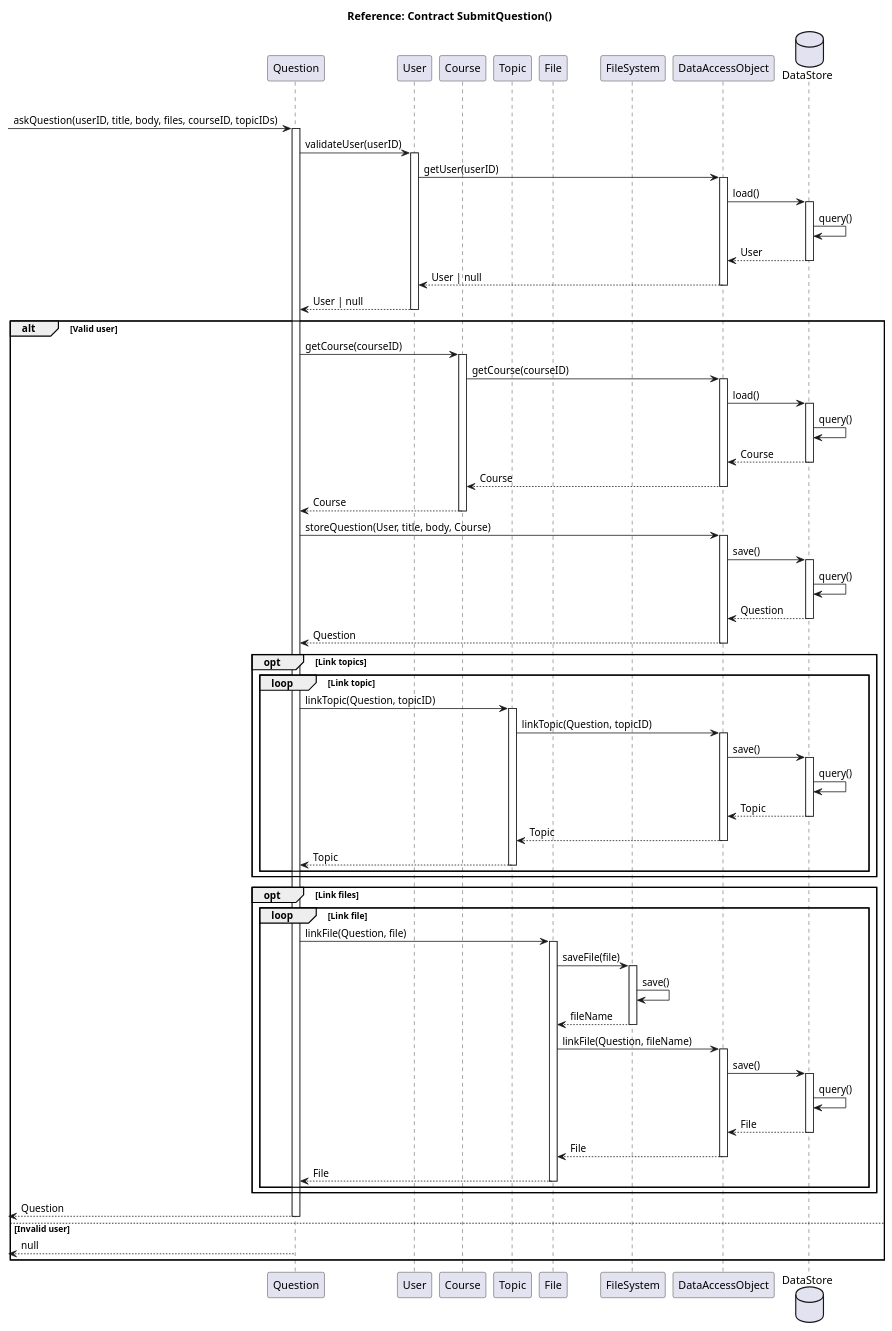
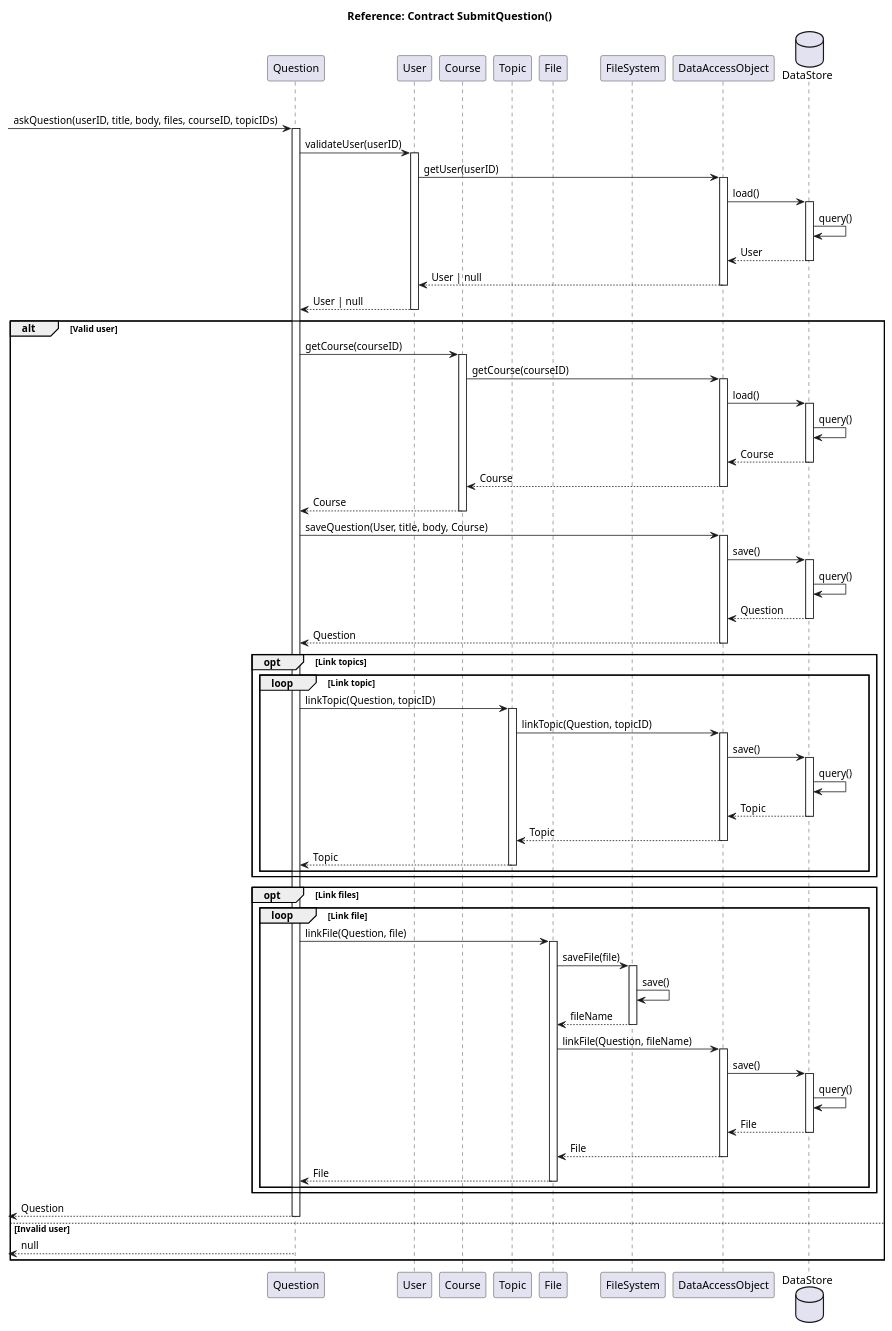
The diagram in Diagrams/Sequence_Diagrams/SD2_Ask_Question.wsd (Singh-Kiran-P/StuNet), drawn with PlantUML before and after one commit. The commit also changed 1 other file, not shown here.

Commit message:
Diagrams

```diff
--- a/Diagrams/Sequence_Diagrams/SD2_Ask_Question.wsd
+++ b/Diagrams/Sequence_Diagrams/SD2_Ask_Question.wsd
@@ -1,98 +1,98 @@
 @startuml Ask Question
 participant Question
 participant User
 participant Course
 participant Topic
 participant File
 participant FileSystem
 participant DataAccessObject
 database DataStore
 
 DataAccessObject-[hidden]->DataAccessObject
 
 title Reference: Contract SubmitQuestion()
 
 -> Question: askQuestion(userID, title, body, files, courseID, topicIDs)
 activate Question
 Question -> User: validateUser(userID)
 activate User
 User -> DataAccessObject: getUser(userID)
 activate DataAccessObject
 DataAccessObject -> DataStore: load()
 activate DataStore
 DataStore -> DataStore: query()
 DataStore --> DataAccessObject: User
 deactivate DataStore
 User <-- DataAccessObject: User | null
 deactivate DataAccessObject
 Question <-- User: User | null
 deactivate User
 alt Valid user
 	Question -> Course: getCourse(courseID)
 	activate Course
 	Course -> DataAccessObject: getCourse(courseID)
 	activate DataAccessObject
 	DataAccessObject -> DataStore: load()
 	activate DataStore
 	DataStore -> DataStore: query()
 	DataStore --> DataAccessObject: Course
 	deactivate DataStore
 	DataAccessObject --> Course: Course
 	deactivate DataAccessObject
 	Course --> Question: Course
 	deactivate Course
-	Question -> DataAccessObject: storeQuestion(User, title, body, Course)
+	Question -> DataAccessObject: saveQuestion(User, title, body, Course)
 	activate DataAccessObject
 	DataAccessObject -> DataStore: save()
 	activate DataStore
 	DataStore -> DataStore: query()
 	DataStore --> DataAccessObject: Question
 	deactivate DataStore
 	DataAccessObject --> Question: Question
 	deactivate DataAccessObject
 	opt Link topics
 		loop Link topic
 			Question -> Topic: linkTopic(Question, topicID)
 			activate Topic
 			Topic -> DataAccessObject: linkTopic(Question, topicID)
 			activate DataAccessObject
 			DataAccessObject -> DataStore: save()
 			activate DataStore
 			DataStore -> DataStore: query()
 			DataStore --> DataAccessObject: Topic
 			deactivate DataStore
 			DataAccessObject --> Topic: Topic
 			deactivate DataAccessObject
 			Topic --> Question: Topic
 			deactivate Topic
 		end
 	end
 	opt Link files
 		loop Link file
 			Question -> File: linkFile(Question, file)
 			activate File
 			File -> FileSystem: saveFile(file)
 			activate FileSystem
 			FileSystem -> FileSystem: save()
 			File <-- FileSystem: fileName
 			deactivate FileSystem
 			File -> DataAccessObject: linkFile(Question, fileName)
 			activate DataAccessObject
 			DataAccessObject -> DataStore: save()
 			activate DataStore
 			DataStore -> DataStore: query()
 			DataStore --> DataAccessObject: File
 			deactivate DataStore
 			DataAccessObject --> File: File
 			deactivate DataAccessObject
 			File --> Question: File
 			deactivate File
 		end
 	end
 	<-- Question: Question
 	deactivate Question
 else Invalid user
 	<-- Question: null
 end
 
 @enduml
```
